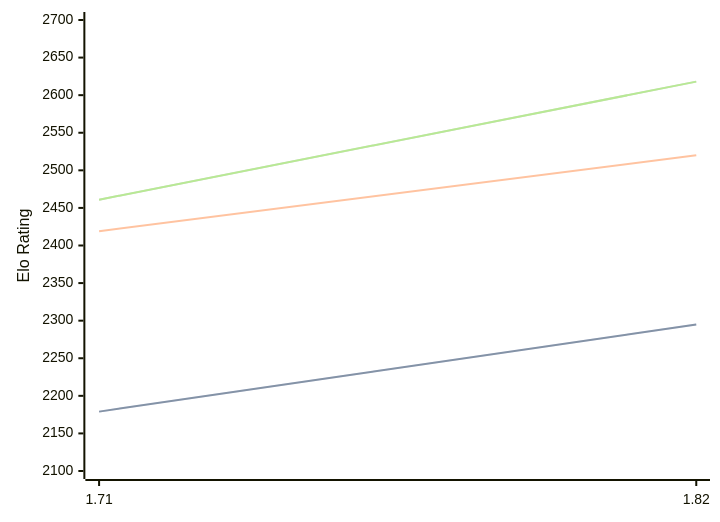
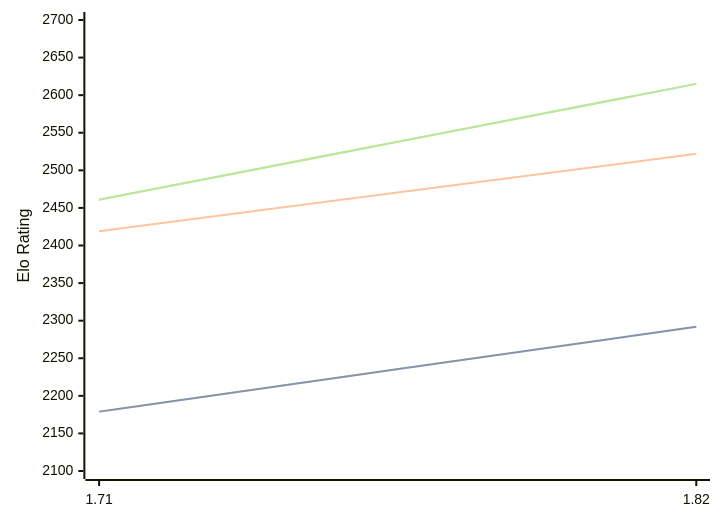
One commit to computer-chess-index/cci changed the third of 3 diagrams in engines/Amira.md. Above: the diagram before and after it, drawn with Mermaid. The commit also changed other lines of this file, not shown here.

Commit message:
Update CCI Ratings (ELO VLTC) - 2026-06-16

````diff
--- a/engines/Amira.md
+++ b/engines/Amira.md
@@ -68,11 +68,11 @@
 ```mermaid
 %%{init: {"theme":"base","themeVariables":{"seriesColors:['#a3a3a3','#222221','#faa371']}}}%%
 xychart-beta
   x-axis ["1.71", "1.82"]
   y-axis "Elo Rating" 2100 --> 2700
-  line "STC (8.0+0.08s)" [2179, 2295]
-  line "STC (8.0+0.08s)" [2179, 2295]
-  line "LTC (60.0+0.60s)" [2419, 2520]
-  line "VLTC (2m24s+1.12s)" [2461, 2618]
-  line "VLTC (2m24s+1.12s)" [2461, 2618]
+  line "STC (8.0+0.08s)" [2179, 2292]
+  line "STC (8.0+0.08s)" [2179, 2292]
+  line "LTC (60.0+0.60s)" [2419, 2522]
+  line "VLTC (2m24s+1.12s)" [2461, 2615]
+  line "VLTC (2m24s+1.12s)" [2461, 2615]
 ```
````
